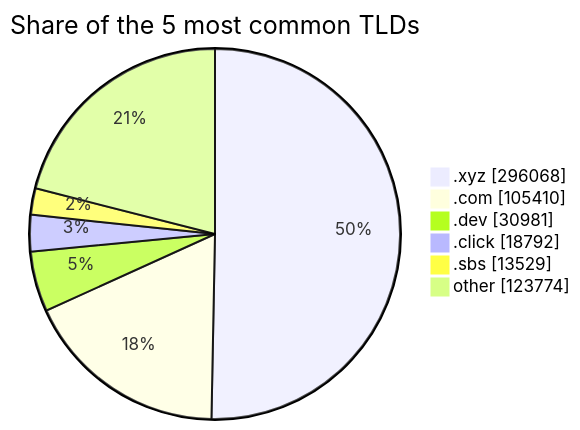
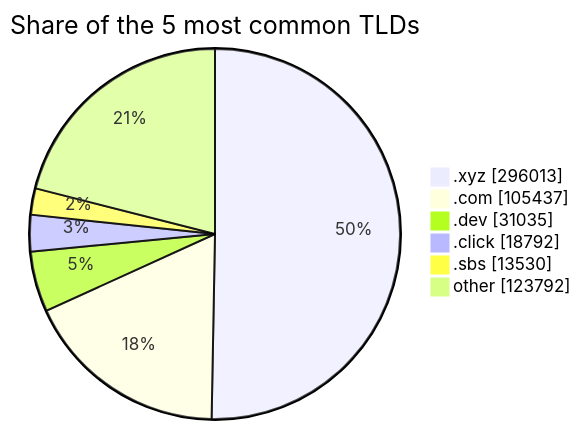
One commit to DNSBunker/CTI changed the third of 3 diagrams in README.md. Above: the diagram before and after it, drawn with Mermaid. The commit also changed other lines of this file and 3 other files, not shown here.

````diff
--- a/README.md
+++ b/README.md
@@ -81,9 +81,9 @@
 ```mermaid
 pie showData title Share of the 5 most common TLDs
-    ".xyz" : 296068
-    ".com" : 105410
-    ".dev" : 30981
+    ".xyz" : 296013
+    ".com" : 105437
+    ".dev" : 31035
     ".click" : 18792
-    ".sbs" : 13529
-    "other" : 123774
+    ".sbs" : 13530
+    "other" : 123792
 ```
````
